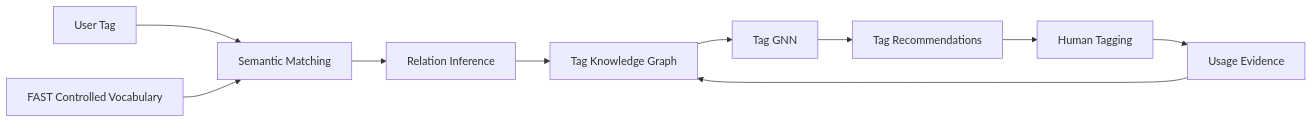
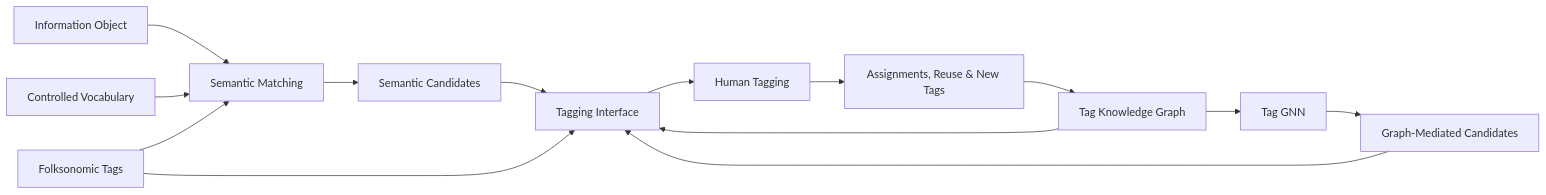
The first of 2 diagrams in docs/BLUEPRINT.md (angjelinhila/tagsynapse), drawn with Mermaid before and after one commit. The commit also changed other lines of this file and 1 other file, not shown here.

````diff
--- a/docs/BLUEPRINT.md
+++ b/docs/BLUEPRINT.md
@@ -23,22 +50,36 @@
 ```mermaid
 flowchart LR
-    U["User Tag"]
-    S["Semantic Matching"]
-    C["FAST Controlled Vocabulary"]
-    R["Relation Inference"]
-    KG["Tag Knowledge Graph"]
+    D["Information Object"]
+    CV["Controlled Vocabulary"]
+    FT["Folksonomic Tags"]
+
+    SEM["Semantic Matching"]
+    SC["Semantic Candidates"]
+
+    TKG["Tag Knowledge Graph"]
     GNN["Tag GNN"]
-    REC["Tag Recommendations"]
+    GC["Graph-Mediated Candidates"]
+
+    UI["Tagging Interface"]
     H["Human Tagging"]
-    USE["Usage Evidence"]
+    USE["Assignments, Reuse & New Tags"]
 
-    U --> S
-    C --> S
-    S --> R
-    R --> KG
-    KG --> GNN
-    GNN --> REC
-    REC --> H
+    D --> SEM
+    CV --> SEM
+    FT --> SEM
+
+    SEM --> SC
+
+    TKG --> GNN
+    GNN --> GC
+
+    SC --> UI
+    GC --> UI
+    FT --> UI
+
+    UI --> H
     H --> USE
-    USE --> KG
+    USE --> TKG
+
+    TKG --> UI
 ```
````
